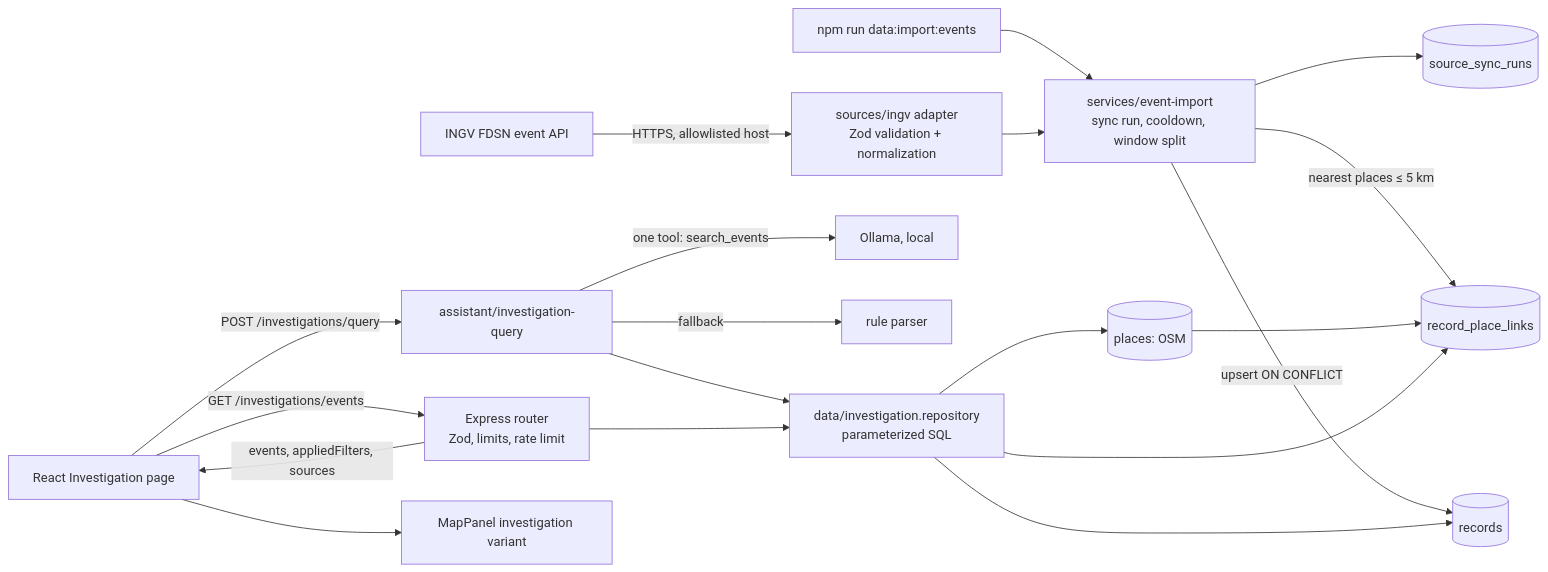
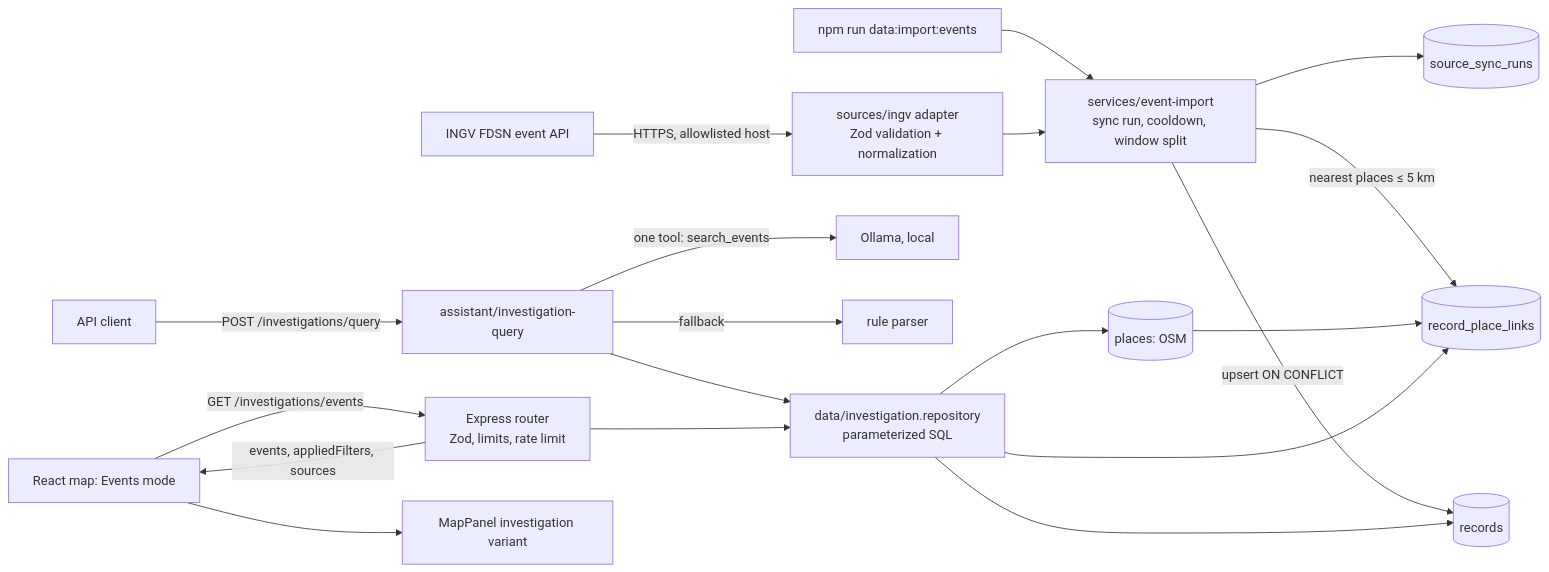
Before and after one commit to developer-kirill-nefodov/WaypointAI: the diagram in docs/demo-and-review.md, drawn with Mermaid. The commit also changed other lines of this file and 20 other files, not shown here.

Commit message:
Update the docs for the model page, router training, the teacher, model packages, and app imports

````diff
--- a/docs/demo-and-review.md
+++ b/docs/demo-and-review.md
@@ -27,21 +29,21 @@
 ```mermaid
 flowchart LR
   INGV[INGV FDSN event API] -->|HTTPS, allowlisted host| ADAPTER[sources/ingv adapter<br/>Zod validation + normalization]
   CLI[npm run data:import:events] --> IMPORT[services/event-import<br/>sync run, cooldown, window split]
   ADAPTER --> IMPORT
   IMPORT -->|upsert ON CONFLICT| RECORDS[(records)]
   IMPORT -->|nearest places ≤ 5 km| LINKS[(record_place_links)]
   IMPORT --> RUNS[(source_sync_runs)]
   PLACES[(places: OSM)] --> LINKS
-  UI[React Investigation page] -->|GET /investigations/events| API[Express router<br/>Zod, limits, rate limit]
-  UI -->|POST /investigations/query| QUERY[assistant/investigation-query]
+  UI[React map: Events mode] -->|GET /investigations/events| API[Express router<br/>Zod, limits, rate limit]
+  CLIENT[API client] -->|POST /investigations/query| QUERY[assistant/investigation-query]
   QUERY -->|one tool: search_events| OLLAMA[Ollama, local]
   QUERY -->|fallback| RULES[rule parser]
   QUERY --> REPO
   API --> REPO[data/investigation.repository<br/>parameterized SQL]
   REPO --> RECORDS
   REPO --> LINKS
   REPO --> PLACES
   API -->|events, appliedFilters, sources| UI
   UI --> MAP[MapPanel investigation variant]
 ```
````
